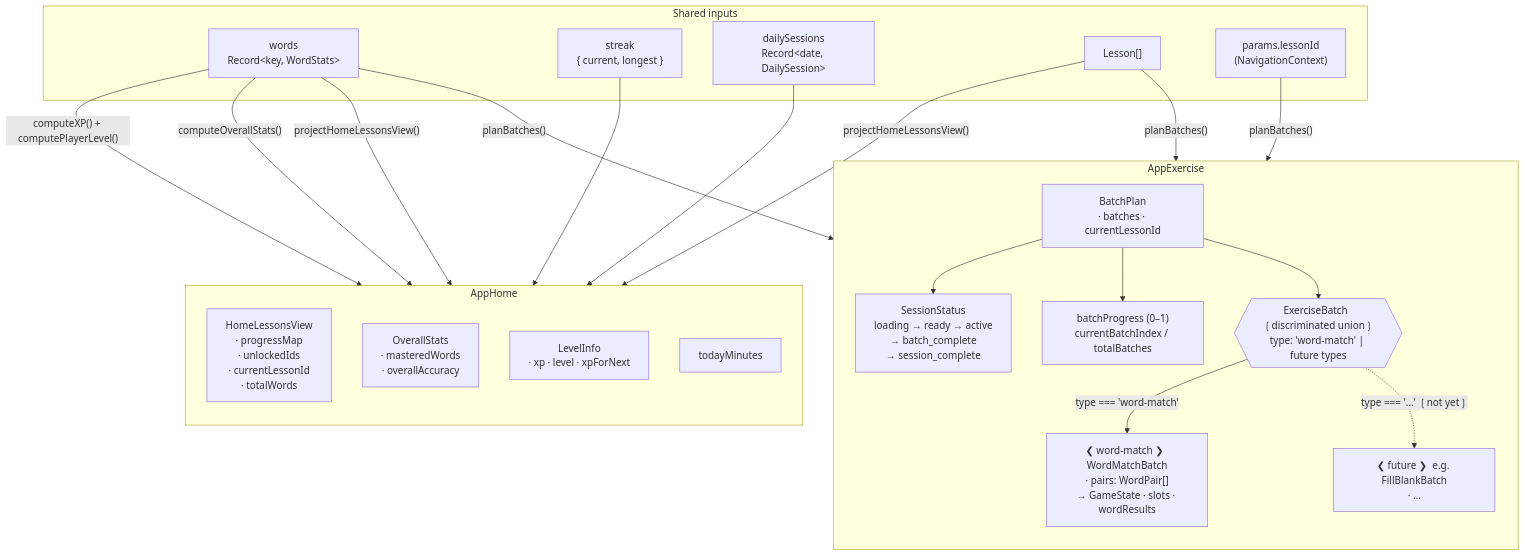
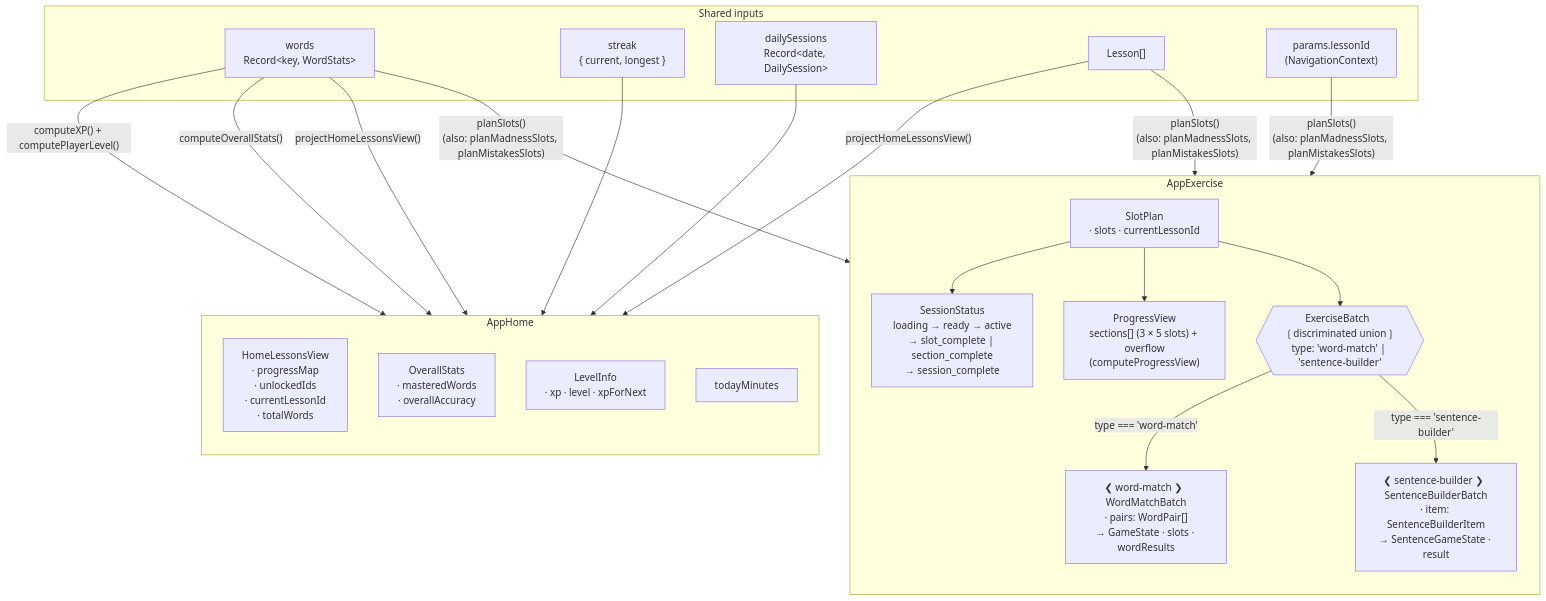
The second of 3 diagrams in CLAUDE.md (ashenwolf/roude-leiw-web), drawn with Mermaid before and after one commit. The commit also changed other lines of this file and 40 other files, not shown here.

First line of the commit message:
Add SentenceBuilder exercise type with full pipeline integration

````diff
--- a/CLAUDE.md
+++ b/CLAUDE.md
@@ -187,41 +195,41 @@
 ```mermaid
 flowchart TD
   subgraph sources["Shared inputs"]
     words["words\nRecord&lt;key, WordStats&gt;"]
     streak["streak\n{ current, longest }"]
     daily["dailySessions\nRecord&lt;date, DailySession&gt;"]
     lessons["Lesson[]"]
     lessonId["params.lessonId\n(NavigationContext)"]
   end
 
   subgraph home["AppHome"]
     direction TB
     hv["HomeLessonsView\n· progressMap\n· unlockedIds\n· currentLessonId\n· totalWords"]
     hstats["OverallStats\n· masteredWords\n· overallAccuracy"]
     hxp["LevelInfo\n· xp · level · xpForNext"]
     htoday["todayMinutes"]
   end
 
   subgraph exercise["AppExercise"]
     direction TB
-    eplan["BatchPlan\n· batches · currentLessonId"]
-    estatus["SessionStatus\nloading → ready → active\n→ batch_complete\n→ session_complete"]
-    ebatch{{"ExerciseBatch  ❲discriminated union❳\ntype: 'word-match' | future types"}}
-    eprog["batchProgress (0–1)\ncurrentBatchIndex / totalBatches"]
+    eplan["SlotPlan\n· slots · currentLessonId"]
+    estatus["SessionStatus\nloading → ready → active\n→ slot_complete | section_complete\n→ session_complete"]
+    ebatch{{"ExerciseBatch  ❲discriminated union❳\ntype: 'word-match' | 'sentence-builder'"}}
+    eprog["ProgressView\nsections[] (3 × 5 slots) + overflow\n(computeProgressView)"]
     wm["❮ word-match ❯  WordMatchBatch\n· pairs: WordPair[]\n→ GameState · slots · wordResults"]
-    fut["❮ future ❯  e.g. FillBlankBatch\n· …"]
+    sb["❮ sentence-builder ❯  SentenceBuilderBatch\n· item: SentenceBuilderItem\n→ SentenceGameState · result"]
   end
 
   words & lessons -->|"projectHomeLessonsView()"| hv
   words -->|"computeOverallStats()"| hstats
   words -->|"computeXP() + computePlayerLevel()"| hxp
   daily --> htoday
   streak --> home
 
-  words & lessons & lessonId -->|"planBatches()"| eplan
+  words & lessons & lessonId -->|"planSlots()\n(also: planMadnessSlots, planMistakesSlots)"| eplan
   eplan --> estatus
   eplan --> eprog
   eplan --> ebatch
   ebatch -->|"type === 'word-match'"| wm
-  ebatch -.->|"type === '…' ❲not yet❳"| fut
+  ebatch -->|"type === 'sentence-builder'"| sb
 ```
````
